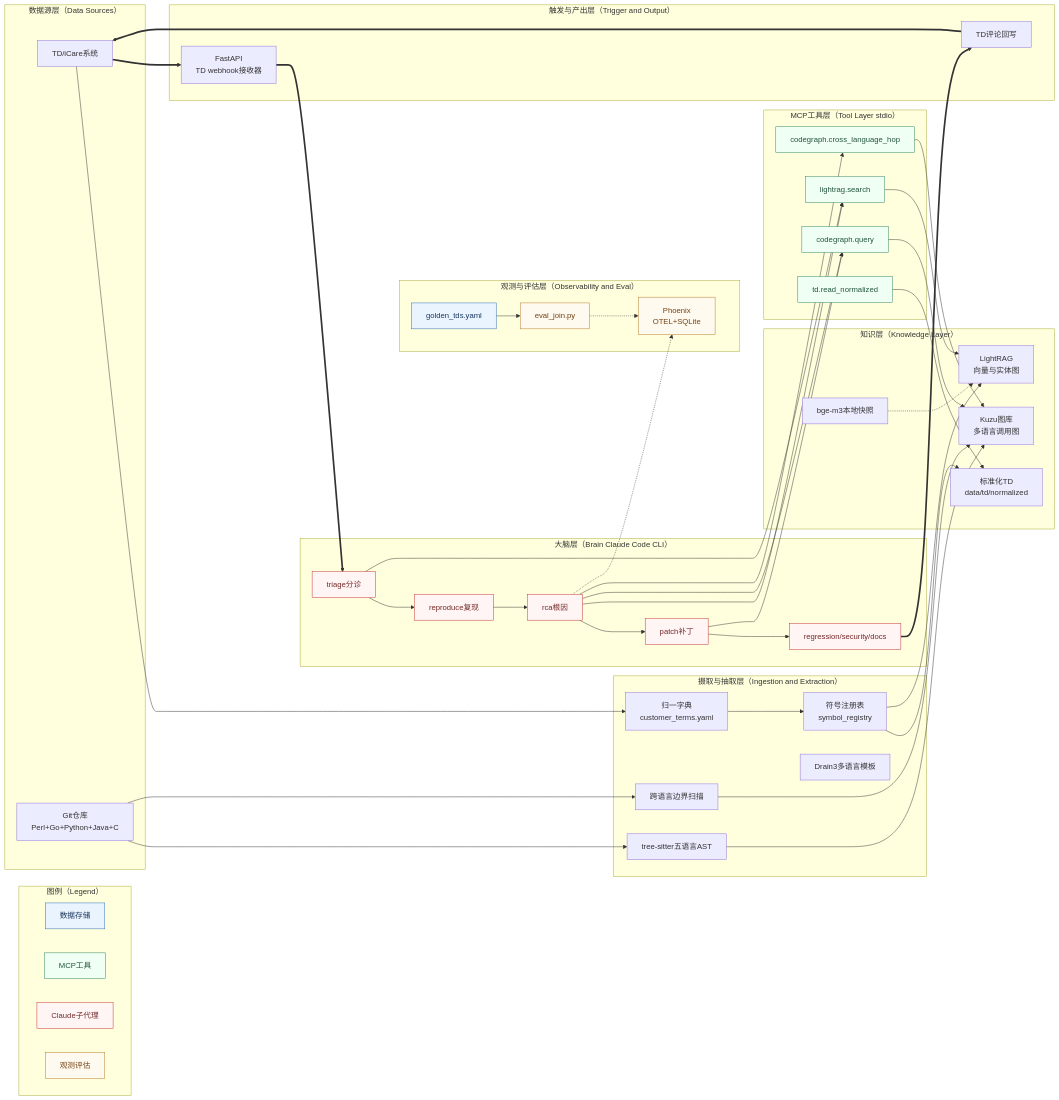
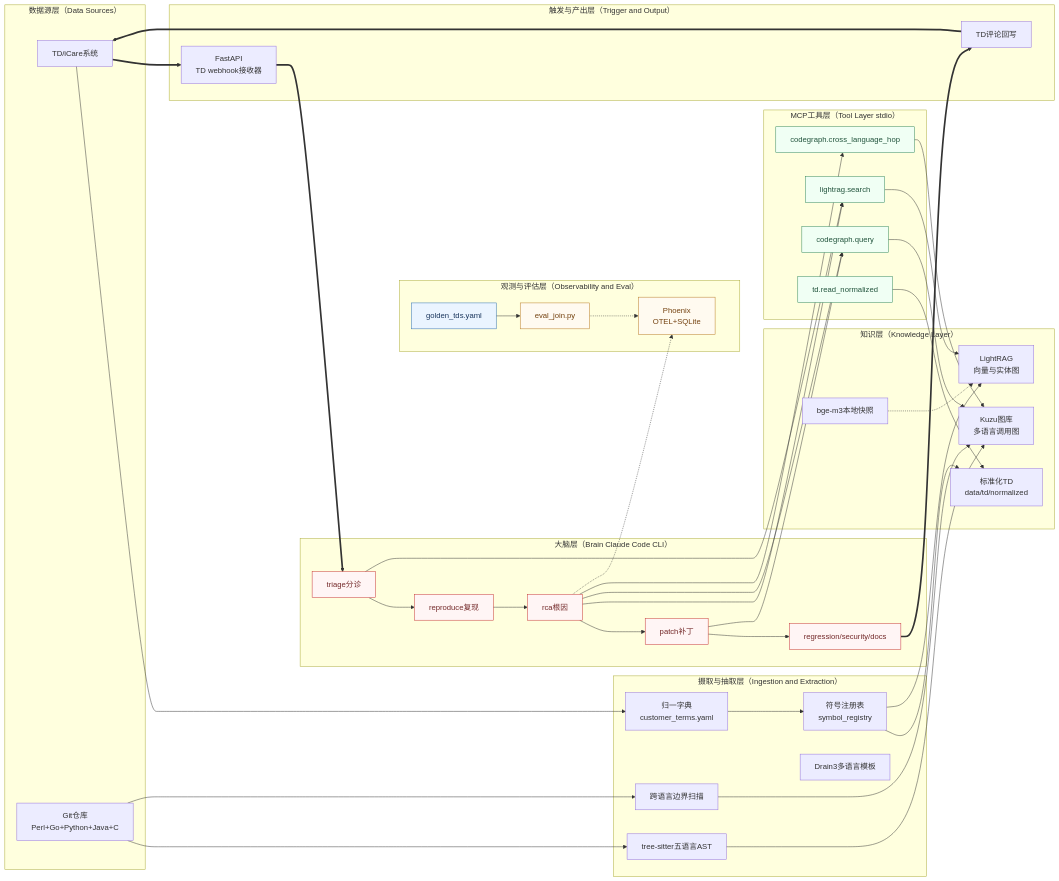
Before and after one commit to turtacn/hci-quality: the diagram in README.md, drawn with Mermaid.

````diff
--- a/README.md
+++ b/README.md
@@ -23,14 +23,5 @@
 ```mermaid
 graph LR
-    %% 图例置顶
-    subgraph LEGEND[图例（Legend）]
-        direction LR
-        L1[数据存储]:::store
-        L2[MCP工具]:::tool
-        L3[Claude子代理]:::brain
-        L4[观测评估]:::obs
-    end
-
     subgraph SRC[数据源层（Data Sources）]
         TD[TD/iCare系统]
         GIT[Git仓库<br>Perl+Go+Python+Java+C]
````
